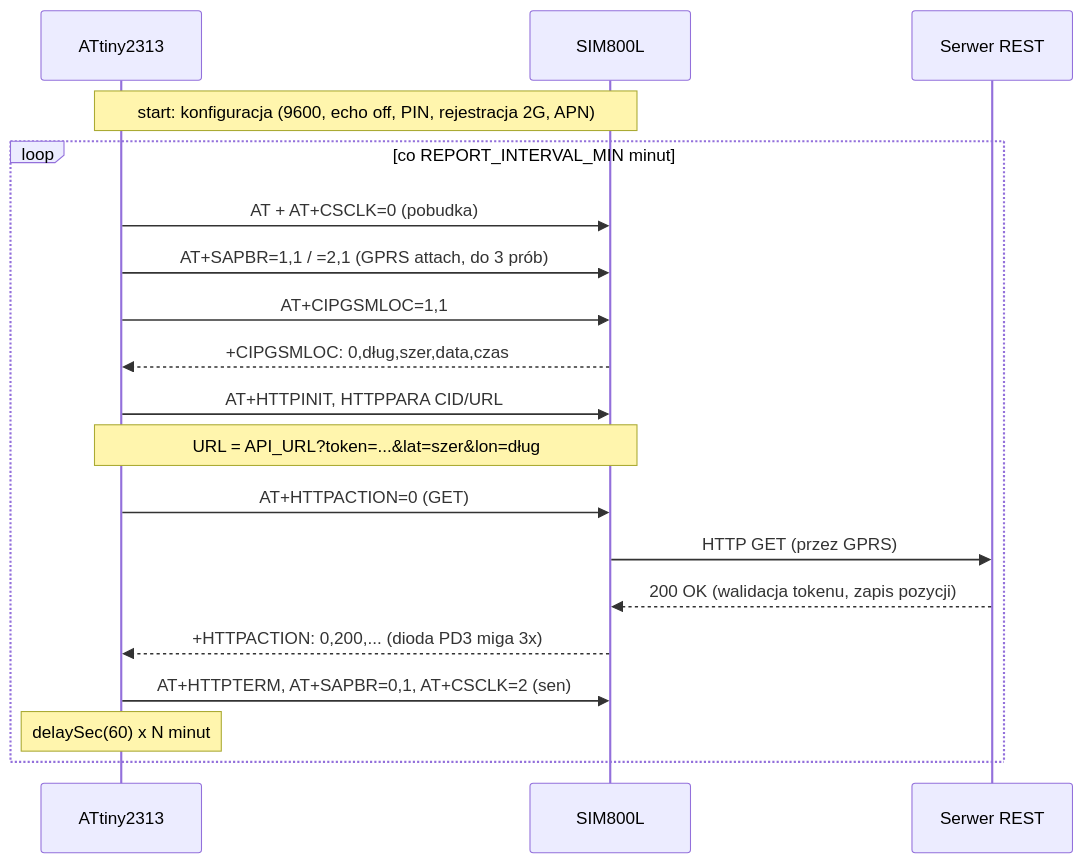
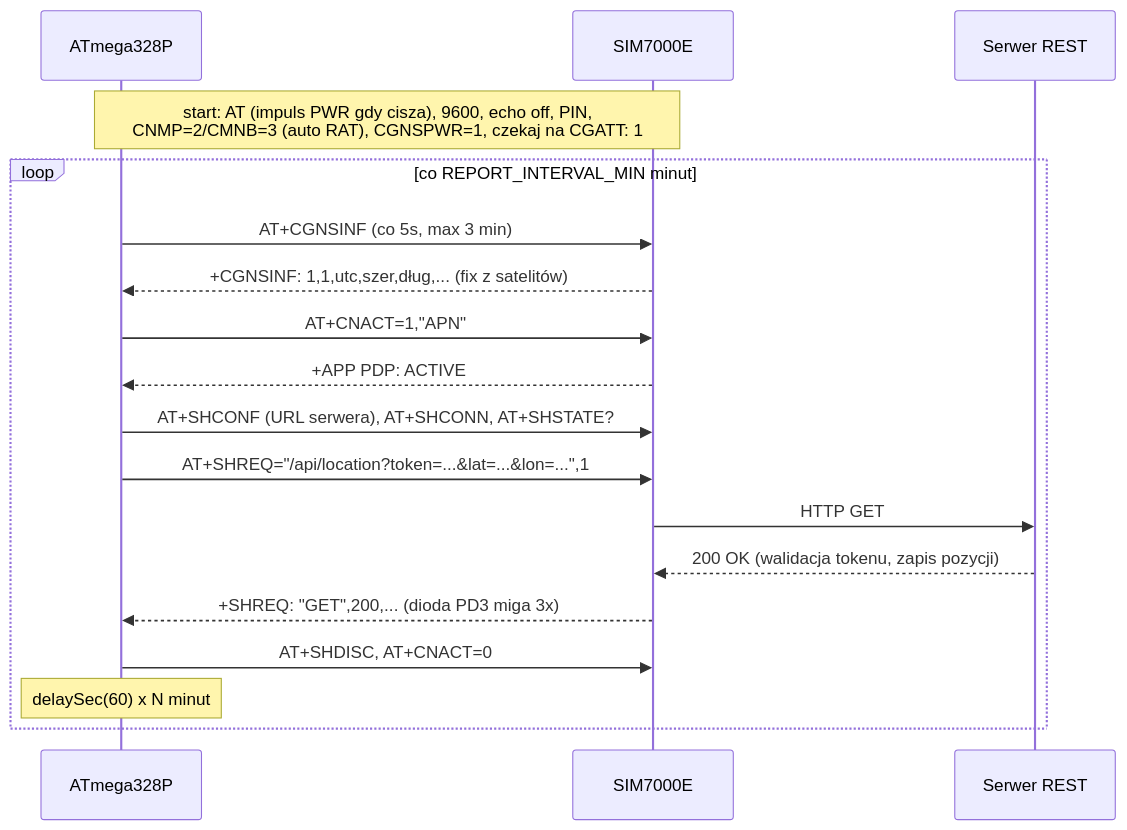
One commit to krzycuh/kma-avr-tracker changed the diagram in docs/PLAN.md. Above: the diagram before and after it, drawn with Mermaid. The commit also changed other lines of this file and 6 other files, not shown here.

First line of the commit message:
Migrate tracker to ATmega328P + SIM7000E (GNSS + LTE-M/NB-IoT/2G)

````diff
--- a/docs/PLAN.md
+++ b/docs/PLAN.md
@@ -58,22 +54,21 @@
 ```mermaid
 sequenceDiagram
-    participant A as ATtiny2313
-    participant S as SIM800L
+    participant A as ATmega328P
+    participant S as SIM7000E
     participant W as Serwer REST
 
-    Note over A,S: start: konfiguracja (9600, echo off, PIN, rejestracja 2G, APN)
+    Note over A,S: start: AT (impuls PWR gdy cisza), 9600, echo off, PIN,<br/>CNMP=2/CMNB=3 (auto RAT), CGNSPWR=1, czekaj na CGATT: 1
     loop co REPORT_INTERVAL_MIN minut
-        A->>S: AT + AT+CSCLK=0 (pobudka)
-        A->>S: AT+SAPBR=1,1 / =2,1 (GPRS attach, do 3 prób)
-        A->>S: AT+CIPGSMLOC=1,1
-        S-->>A: +CIPGSMLOC: 0,dług,szer,data,czas
-        A->>S: AT+HTTPINIT, HTTPPARA CID/URL
-        Note over A,S: URL = API_URL?token=...&lat=szer&lon=dług
-        A->>S: AT+HTTPACTION=0 (GET)
-        S->>W: HTTP GET (przez GPRS)
+        A->>S: AT+CGNSINF (co 5s, max 3 min)
+        S-->>A: +CGNSINF: 1,1,utc,szer,dług,... (fix z satelitów)
+        A->>S: AT+CNACT=1,"APN"
+        S-->>A: +APP PDP: ACTIVE
+        A->>S: AT+SHCONF (URL serwera), AT+SHCONN, AT+SHSTATE?
+        A->>S: AT+SHREQ="/api/location?token=...&lat=...&lon=...",1
+        S->>W: HTTP GET
         W-->>S: 200 OK (walidacja tokenu, zapis pozycji)
-        S-->>A: +HTTPACTION: 0,200,... (dioda PD3 miga 3x)
-        A->>S: AT+HTTPTERM, AT+SAPBR=0,1, AT+CSCLK=2 (sen)
+        S-->>A: +SHREQ: "GET",200,... (dioda PD3 miga 3x)
+        A->>S: AT+SHDISC, AT+CNACT=0
         Note over A: delaySec(60) x N minut
     end
 ```
````
